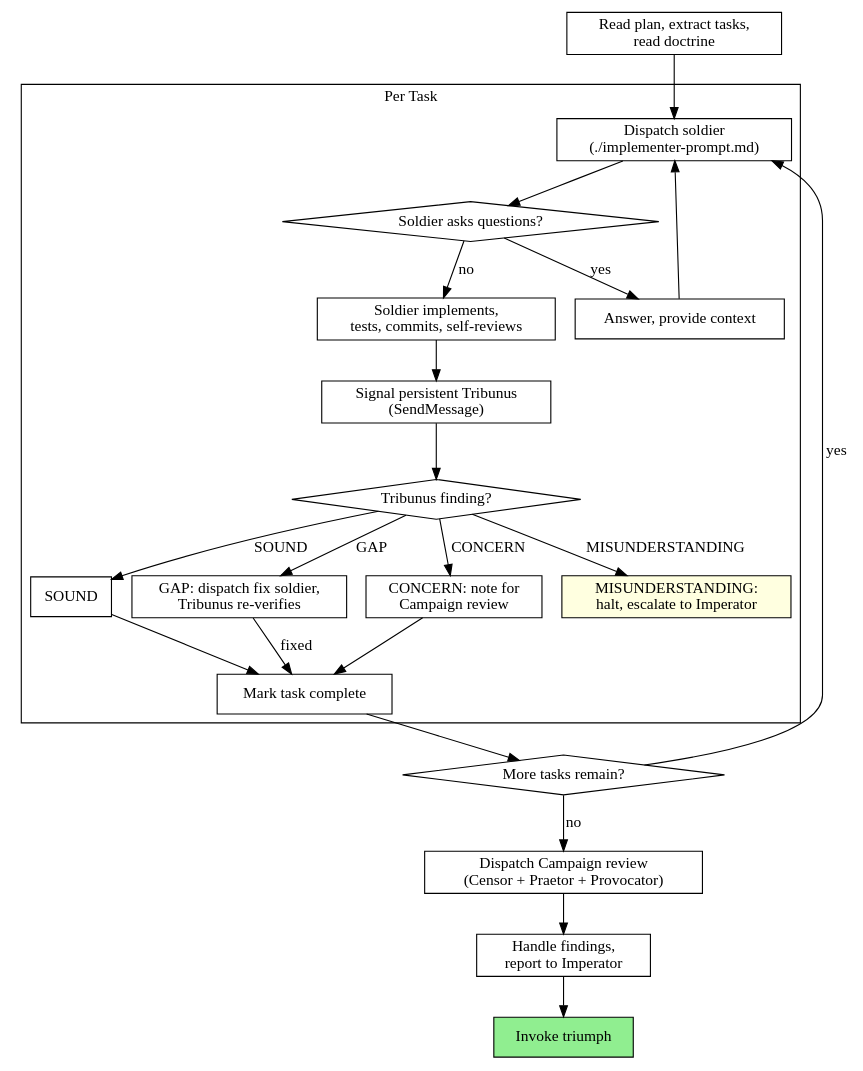
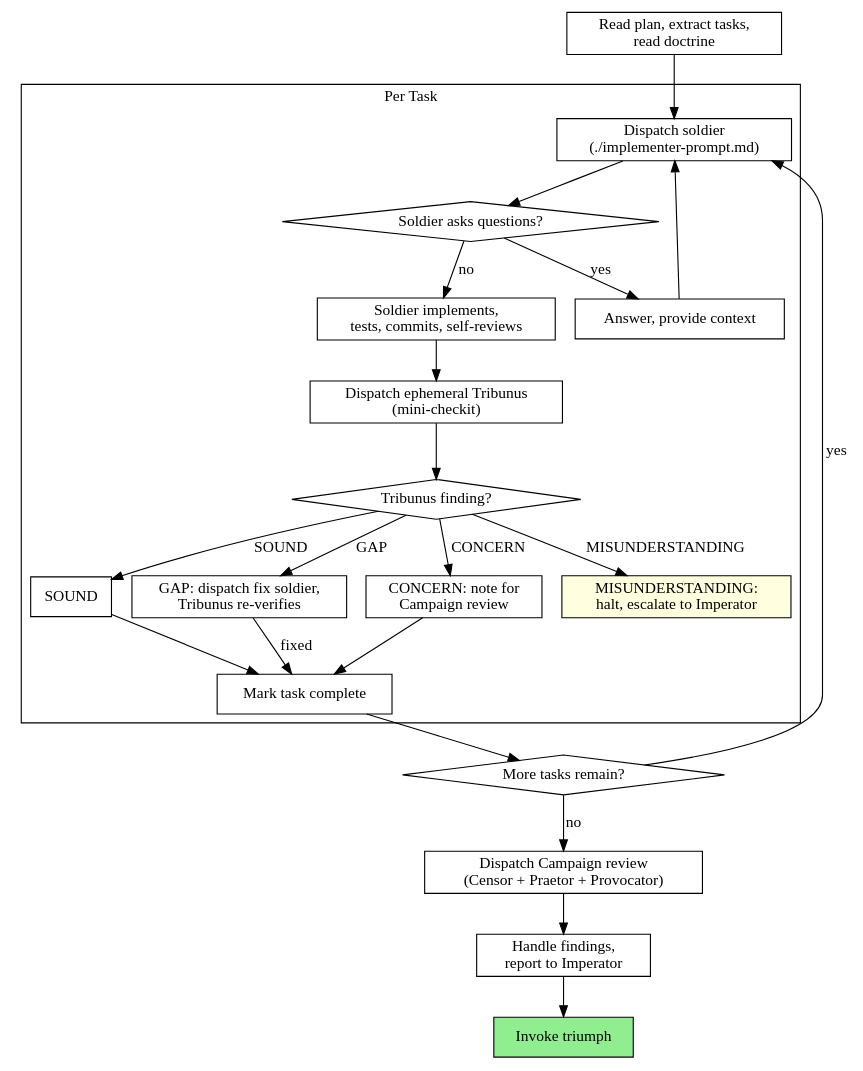
One commit to Milovan-Crowley/Consilium changed the second of 2 diagrams in claude/skills/legion/SKILL.md. Above: the diagram before and after it, drawn with Graphviz. The commit also changed other lines of this file and 14 other files, not shown here.

First line of the commit message:
simplify(consilium): restore officer-model verification, drop persistent-Tribunus + Custos default + Principales dispatch

````diff
--- a/claude/skills/legion/SKILL.md
+++ b/claude/skills/legion/SKILL.md
@@ -89,46 +89,46 @@
 ```dot
 digraph process {
     rankdir=TB;
 
     subgraph cluster_per_task {
         label="Per Task";
         "Dispatch soldier\n(./implementer-prompt.md)" [shape=box];
         "Soldier asks questions?" [shape=diamond];
         "Answer, provide context" [shape=box];
         "Soldier implements,\ntests, commits, self-reviews" [shape=box];
-        "Signal persistent Tribunus\n(SendMessage)" [shape=box];
+        "Dispatch ephemeral Tribunus\n(mini-checkit)" [shape=box];
         "Tribunus finding?" [shape=diamond];
         "SOUND" [shape=box];
         "GAP: dispatch fix soldier,\nTribunus re-verifies" [shape=box];
         "CONCERN: note for\nCampaign review" [shape=box];
         "MISUNDERSTANDING:\nhalt, escalate to Imperator" [shape=box style=filled fillcolor=lightyellow];
         "Mark task complete" [shape=box];
     }
 
     "Read plan, extract tasks,\nread doctrine" [shape=box];
     "More tasks remain?" [shape=diamond];
     "Dispatch Campaign review\n(Censor + Praetor + Provocator)" [shape=box];
     "Handle findings,\nreport to Imperator" [shape=box];
     "Invoke triumph" [shape=box style=filled fillcolor=lightgreen];
 
     "Read plan, extract tasks,\nread doctrine" -> "Dispatch soldier\n(./implementer-prompt.md)";
     "Dispatch soldier\n(./implementer-prompt.md)" -> "Soldier asks questions?";
     "Soldier asks questions?" -> "Answer, provide context" [label="yes"];
     "Answer, provide context" -> "Dispatch soldier\n(./implementer-prompt.md)";
     "Soldier asks questions?" -> "Soldier implements,\ntests, commits, self-reviews" [label="no"];
-    "Soldier implements,\ntests, commits, self-reviews" -> "Signal persistent Tribunus\n(SendMessage)";
-    "Signal persistent Tribunus\n(SendMessage)" -> "Tribunus finding?";
+    "Soldier implements,\ntests, commits, self-reviews" -> "Dispatch ephemeral Tribunus\n(mini-checkit)";
+    "Dispatch ephemeral Tribunus\n(mini-checkit)" -> "Tribunus finding?";
     "Tribunus finding?" -> "SOUND" [label="SOUND"];
     "Tribunus finding?" -> "GAP: dispatch fix soldier,\nTribunus re-verifies" [label="GAP"];
     "Tribunus finding?" -> "CONCERN: note for\nCampaign review" [label="CONCERN"];
     "Tribunus finding?" -> "MISUNDERSTANDING:\nhalt, escalate to Imperator" [label="MISUNDERSTANDING"];
     "SOUND" -> "Mark task complete";
     "GAP: dispatch fix soldier,\nTribunus re-verifies" -> "Mark task complete" [label="fixed"];
     "CONCERN: note for\nCampaign review" -> "Mark task complete";
     "Mark task complete" -> "More tasks remain?";
     "More tasks remain?" -> "Dispatch soldier\n(./implementer-prompt.md)" [label="yes"];
     "More tasks remain?" -> "Dispatch Campaign review\n(Censor + Praetor + Provocator)" [label="no"];
     "Dispatch Campaign review\n(Censor + Praetor + Provocator)" -> "Handle findings,\nreport to Imperator";
     "Handle findings,\nreport to Imperator" -> "Invoke triumph";
 }
 ```
````
